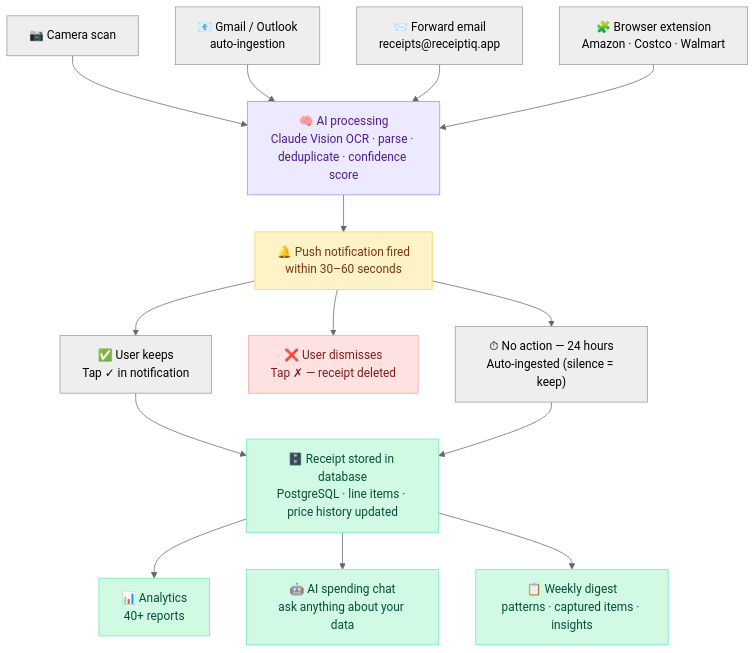
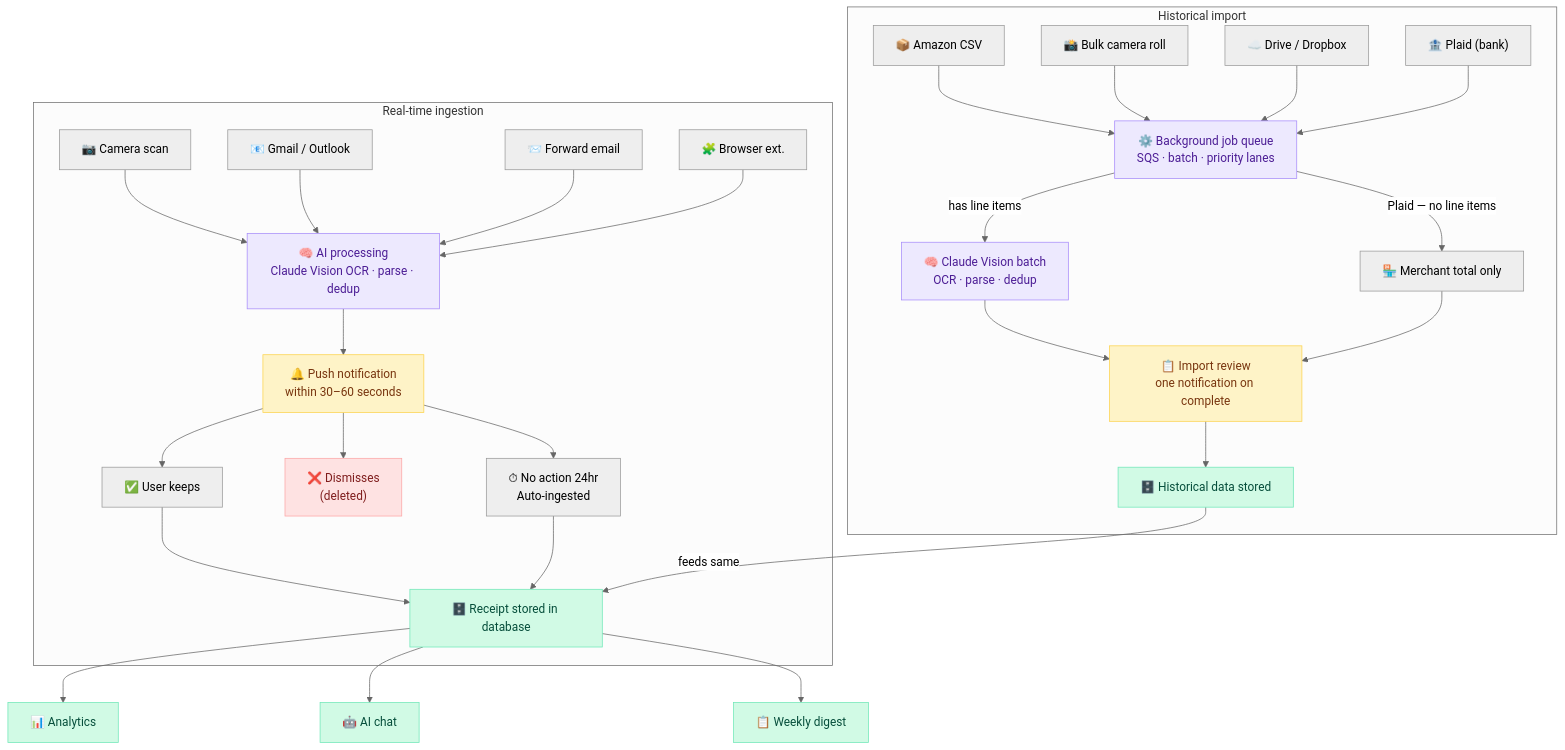
One commit to pramodk-glitch/receiptIQ changed the second of 2 diagrams in infrastructure.md. Above: the diagram before and after it, drawn with Mermaid (neutral theme). The commit also changed other lines of this file and 5 other files, not shown here.

Commit message:
histrical data ingestion

````diff
--- a/infrastructure.md
+++ b/infrastructure.md
@@ -108,35 +117,47 @@
 ```mermaid
 flowchart TD
-    A["📷 Camera scan"]
-    B["📧 Gmail / Outlook\nauto-ingestion"]
-    C["📨 Forward email\nreceipts@receiptiq.app"]
-    D["🧩 Browser extension\nAmazon · Costco · Walmart"]
+    subgraph RT["Real-time ingestion"]
+        A["📷 Camera scan"]
+        B["📧 Gmail / Outlook"]
+        C["📨 Forward email"]
+        D["🧩 Browser ext."]
+        A & B & C & D --> P
+        P["🧠 AI processing\nClaude Vision OCR · parse · dedup"]
+        P --> N["🔔 Push notification\nwithin 30–60 seconds"]
+        N --> K["✅ User keeps"]
+        N --> X["❌ Dismisses\n(deleted)"]
+        N --> AU["⏱ No action 24hr\nAuto-ingested"]
+        K & AU --> DB
+    end
 
-    A --> P
-    B --> P
-    C --> P
-    D --> P
+    subgraph HI["Historical import"]
+        H1["📦 Amazon CSV"]
+        H2["📸 Bulk camera roll"]
+        H3["☁️ Drive / Dropbox"]
+        H4["🏦 Plaid (bank)"]
+        H1 & H2 & H3 & H4 --> Q["⚙️ Background job queue\nSQS · batch · priority lanes"]
+        Q -->|has line items| OCR["🧠 Claude Vision batch\nOCR · parse · dedup"]
+        Q -->|Plaid — no line items| MT["🏪 Merchant total only"]
+        OCR & MT --> IR["📋 Import review\none notification on complete"]
+        IR --> HDB["🗄️ Historical data stored"]
+    end
 
-    P["🧠 AI processing\nClaude Vision OCR · parse · deduplicate · confidence score"]
+    DB["🗄️ Receipt stored in database"]
+    HDB -->|feeds same| DB
 
-    P --> N["🔔 Push notification fired\nwithin 30–60 seconds"]
+    DB --> AN["📊 Analytics"]
+    DB --> AI["🤖 AI chat"]
+    DB --> WD["📋 Weekly digest"]
 
-    N --> K["✅ User keeps\nTap ✓ in notification"]
-    N --> X["❌ User dismisses\nTap ✗ — receipt deleted"]
-    N --> AU["⏱ No action — 24 hours\nAuto-ingested (silence = keep)"]
-
-    K --> DB["🗄️ Receipt stored in database\nPostgreSQL · line items · price history updated"]
-    AU --> DB
-
-    DB --> AN["📊 Analytics\n40+ reports"]
-    DB --> AI["🤖 AI spending chat\nask anything about your data"]
-    DB --> WD["📋 Weekly digest\npatterns · captured items · insights"]
-
-    style X fill:#fee2e2,stroke:#fca5a5,color:#7f1d1d
-    style P fill:#ede9fe,stroke:#a78bfa,color:#4c1d95
-    style N fill:#fef3c7,stroke:#fcd34d,color:#78350f
-    style DB fill:#d1fae5,stroke:#6ee7b7,color:#064e3b
-    style AN fill:#d1fae5,stroke:#6ee7b7,color:#064e3b
-    style AI fill:#d1fae5,stroke:#6ee7b7,color:#064e3b
-    style WD fill:#d1fae5,stroke:#6ee7b7,color:#064e3b
+    style X   fill:#fee2e2,stroke:#fca5a5,color:#7f1d1d
+    style P   fill:#ede9fe,stroke:#a78bfa,color:#4c1d95
+    style OCR fill:#ede9fe,stroke:#a78bfa,color:#4c1d95
+    style Q   fill:#ede9fe,stroke:#a78bfa,color:#4c1d95
+    style N   fill:#fef3c7,stroke:#fcd34d,color:#78350f
+    style IR  fill:#fef3c7,stroke:#fcd34d,color:#78350f
+    style DB  fill:#d1fae5,stroke:#6ee7b7,color:#064e3b
+    style HDB fill:#d1fae5,stroke:#6ee7b7,color:#064e3b
+    style AN  fill:#d1fae5,stroke:#6ee7b7,color:#064e3b
+    style AI  fill:#d1fae5,stroke:#6ee7b7,color:#064e3b
+    style WD  fill:#d1fae5,stroke:#6ee7b7,color:#064e3b
 ```
````
